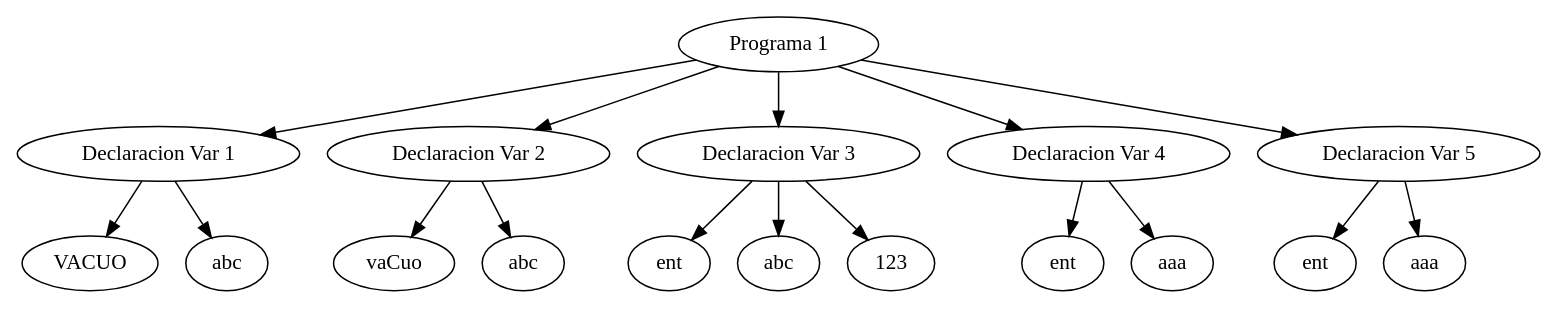
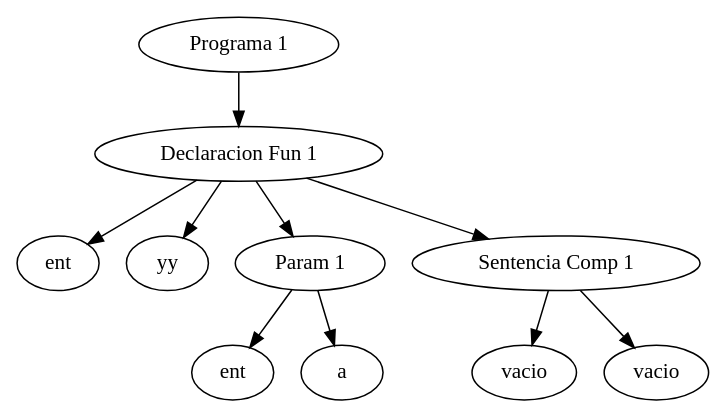
Before and after one commit to lancal/TallerCompiladores2018: the diagram in tree.dot, drawn with Graphviz. The commit also changed 7 other files, not shown here.

```diff
--- a/tree.dot
+++ b/tree.dot
@@ -1,29 +1,17 @@
 digraph G {
-	"Programa 1" -> "Declaracion Var 1"
-	1 [label="VACUO"]
-	"Declaracion Var 1" -> 1
-	2 [label="abc"]
-	"Declaracion Var 1" -> 2
-	"Programa 1" -> "Declaracion Var 2"
-	3 [label="vaCuo"]
-	"Declaracion Var 2" -> 3
-	4 [label="abc"]
-	"Declaracion Var 2" -> 4
-	"Programa 1" -> "Declaracion Var 3"
-	5 [label="ent"]
-	"Declaracion Var 3" -> 5
-	6 [label="abc"]
-	"Declaracion Var 3" -> 6
-	7 [label="123"]
-	"Declaracion Var 3" -> 7
-	"Programa 1" -> "Declaracion Var 4"
-	8 [label="ent"]
-	"Declaracion Var 4" -> 8
-	9 [label="aaa"]
-	"Declaracion Var 4" -> 9
-	"Programa 1" -> "Declaracion Var 5"
-	10 [label="ent"]
-	"Declaracion Var 5" -> 10
-	11 [label="aaa"]
-	"Declaracion Var 5" -> 11
+	"Programa 1" -> "Declaracion Fun 1"
+	1 [label="ent"]
+	"Declaracion Fun 1" -> 1
+	2 [label="yy"]
+	"Declaracion Fun 1" -> 2
+	"Declaracion Fun 1" -> "Param 1"
+	3 [label="ent"]
+	"Param 1" -> 3
+	4 [label="a"]
+	"Param 1" -> 4
+	"Declaracion Fun 1" -> "Sentencia Comp 1"
+	5 [label="vacio"]
+	"Sentencia Comp 1" -> 5
+	6 [label="vacio"]
+	"Sentencia Comp 1" -> 6
 }
```
